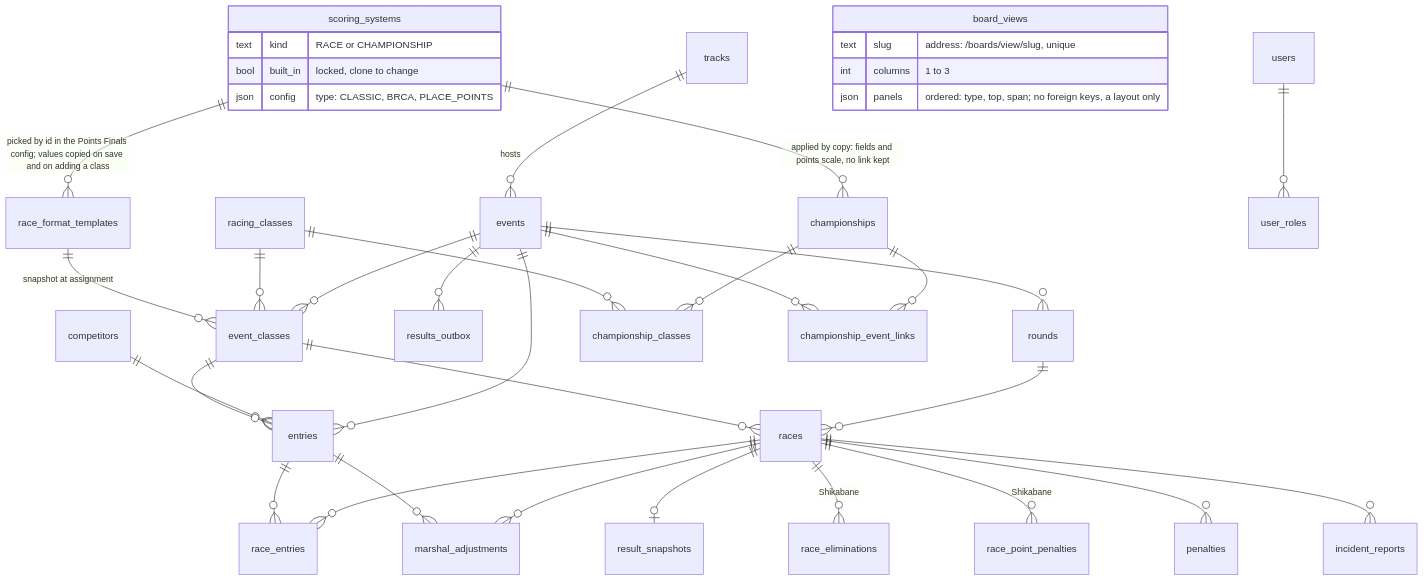
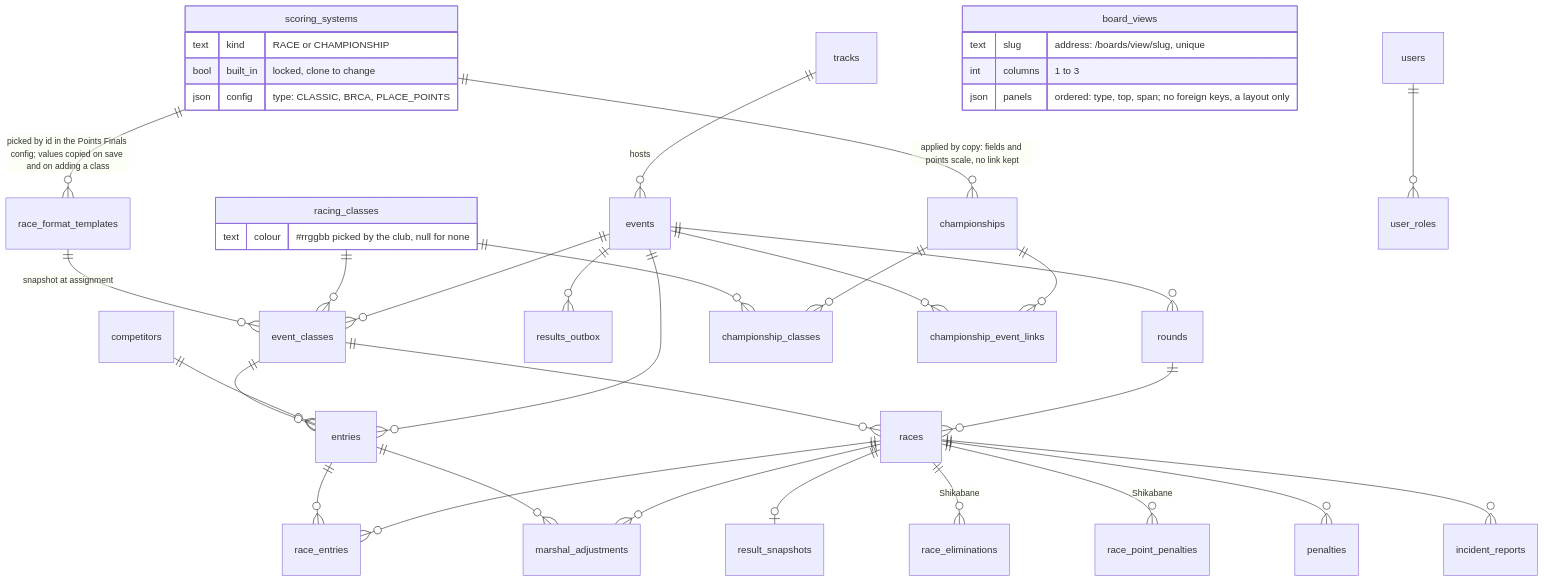
One commit to RCRaceHub/RCTimingControl changed the third of 3 diagrams in docs/developer/domain-model.md. Above: the diagram before and after it, drawn with Mermaid. The commit also changed 32 other files, not shown here.

First line of the commit message:
Wishlist small items, batch 2: club-picked class colours (#482) (#489)

````diff
--- a/docs/developer/domain-model.md
+++ b/docs/developer/domain-model.md
@@ -159,40 +159,43 @@
 ```mermaid
 erDiagram
     tracks ||--o{ events : "hosts"
     events ||--o{ event_classes : ""
     events ||--o{ rounds : ""
     events ||--o{ entries : ""
     events ||--o{ results_outbox : ""
     racing_classes ||--o{ event_classes : ""
     race_format_templates ||--o{ event_classes : "snapshot at assignment"
     scoring_systems ||--o{ race_format_templates : "picked by id in the Points Finals config; values copied on save and on adding a class"
     scoring_systems ||--o{ championships : "applied by copy: fields and points scale, no link kept"
     scoring_systems {
         text kind "RACE or CHAMPIONSHIP"
         bool built_in "locked, clone to change"
         json config "type: CLASSIC, BRCA, PLACE_POINTS"
+    }
+    racing_classes {
+        text colour "#rrggbb picked by the club, null for none"
     }
     board_views {
         text slug "address: /boards/view/slug, unique"
         int columns "1 to 3"
         json panels "ordered: type, top, span; no foreign keys, a layout only"
     }
     competitors ||--o{ entries : ""
     event_classes ||--o{ entries : ""
     rounds ||--o{ races : ""
     event_classes ||--o{ races : ""
     races ||--o{ race_entries : ""
     entries ||--o{ race_entries : ""
     races ||--o| result_snapshots : ""
     races ||--o{ marshal_adjustments : ""
     races ||--o{ race_eliminations : "Shikabane"
     races ||--o{ race_point_penalties : "Shikabane"
     races ||--o{ penalties : ""
     races ||--o{ incident_reports : ""
     entries ||--o{ marshal_adjustments : ""
     championships ||--o{ championship_classes : ""
     championships ||--o{ championship_event_links : ""
     events ||--o{ championship_event_links : ""
     racing_classes ||--o{ championship_classes : ""
     users ||--o{ user_roles : ""
 ```
````
